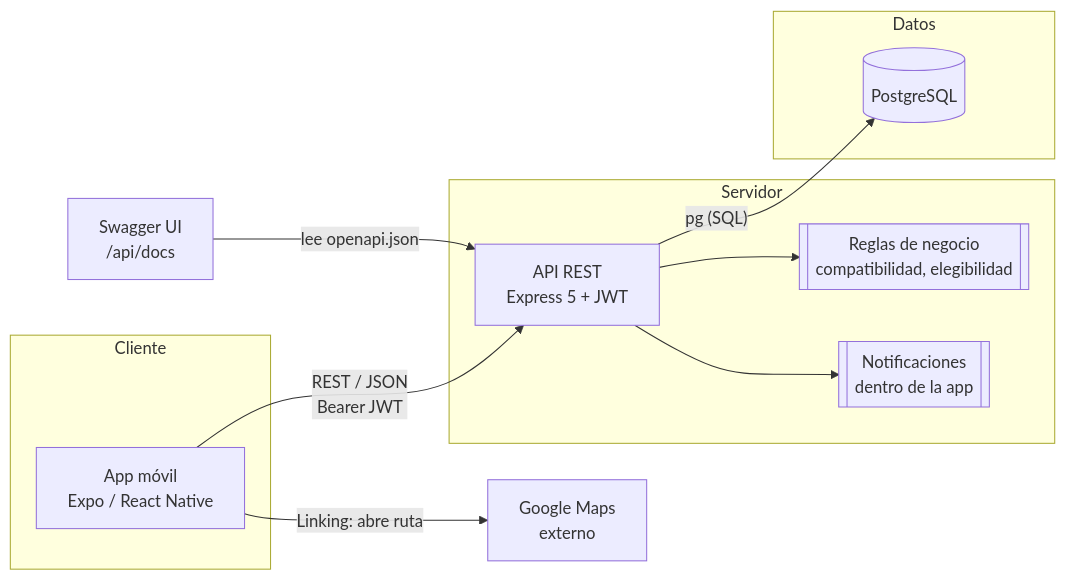
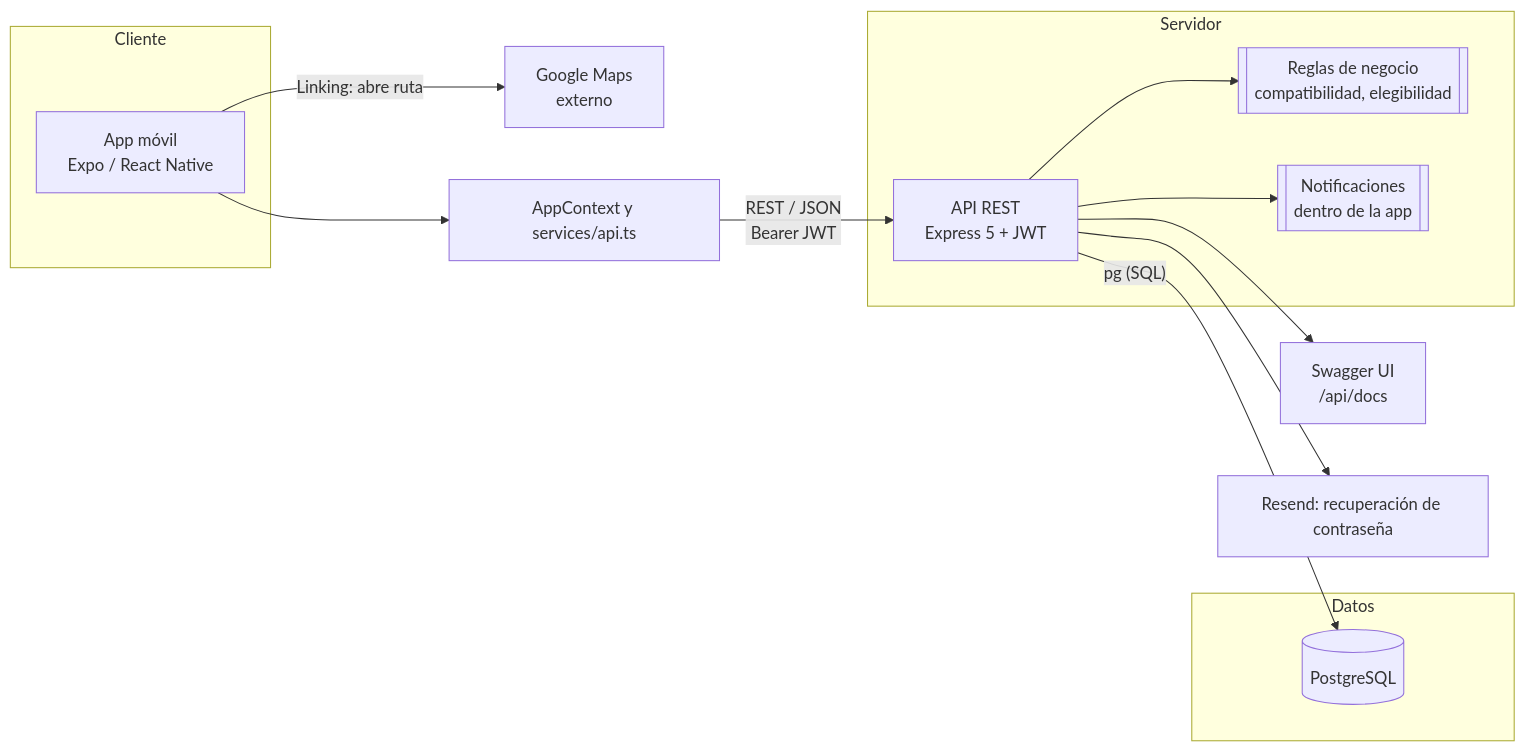
One commit to paulinacardona028-netizen/vidaenred-app changed the fifth of 7 diagrams in docs/02-diagramas.md. Above: the diagram before and after it, drawn with Mermaid. The commit also changed other lines of this file, not shown here.

Commit message:
docs: actualizar diagramas y verificar correspondencia con el codigo

````diff
--- a/docs/02-diagramas.md
+++ b/docs/02-diagramas.md
@@ -171,23 +182,25 @@
 ```mermaid
 flowchart LR
   subgraph Cliente
     app[App móvil<br/>Expo / React Native]
   end
   subgraph Servidor
     api[API REST<br/>Express 5 + JWT]
     reglas[[Reglas de negocio<br/>compatibilidad, elegibilidad]]
     notif[[Notificaciones<br/>dentro de la app]]
   end
   subgraph Datos
     db[(PostgreSQL)]
   end
   maps[Google Maps<br/>externo]
   docs[Swagger UI<br/>/api/docs]
 
-  app -- "REST / JSON<br/>Bearer JWT" --> api
+  app --> contexto[AppContext y services/api.ts]
+  contexto -- "REST / JSON<br/>Bearer JWT" --> api
   api --> reglas
   api --> notif
   api -- "pg (SQL)" --> db
   app -- "Linking: abre ruta" --> maps
-  docs -- "lee openapi.json" --> api
+  api --> docs
+  api --> correo[Resend: recuperación de contraseña]
 ```
````
